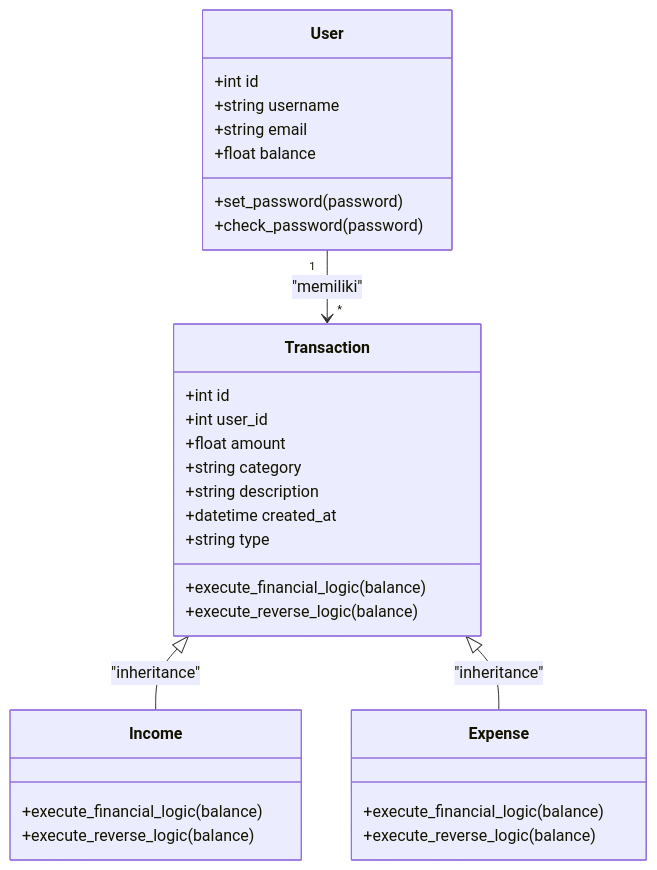
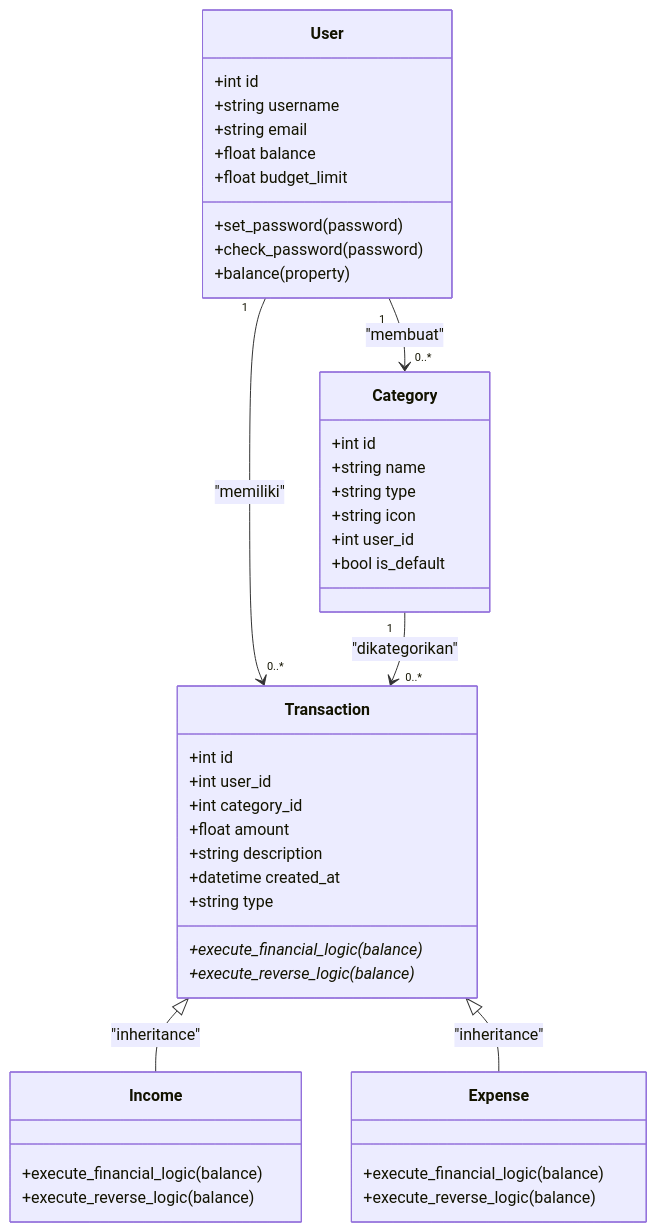
Before and after one commit to suzuy1/personal-finance-tracker: the second of 2 diagrams in erd.md, drawn with Mermaid. The commit also changed other lines of this file and 3 other files, not shown here.

````diff
--- a/erd.md
+++ b/erd.md
@@ -64,37 +115,51 @@
 ```mermaid
 classDiagram
+    class User {
+        +int id
+        +string username
+        +string email
+        +float balance
+        +float budget_limit
+        +set_password(password)
+        +check_password(password)
+        +balance (property)
+    }
+
+    class Category {
+        +int id
+        +string name
+        +string type
+        +string icon
+        +int user_id
+        +bool is_default
+    }
+
     class Transaction {
         +int id
         +int user_id
+        +int category_id
         +float amount
-        +string category
         +string description
         +datetime created_at
         +string type
-        +execute_financial_logic(balance)
-        +execute_reverse_logic(balance)
+        +execute_financial_logic(balance)*
+        +execute_reverse_logic(balance)*
     }
 
     class Income {
         +execute_financial_logic(balance)
         +execute_reverse_logic(balance)
     }
 
     class Expense {
         +execute_financial_logic(balance)
         +execute_reverse_logic(balance)
     }
 
-    class User {
-        +int id
-        +string username
-        +string email
-        +float balance
-        +set_password(password)
-        +check_password(password)
-    }
+    User "1" --> "0..*" Category : "membuat"
+    User "1" --> "0..*" Transaction : "memiliki"
+    Category "1" --> "0..*" Transaction : "dikategorikan"
 
     Transaction <|-- Income : "inheritance"
     Transaction <|-- Expense : "inheritance"
-    User "1" --> "*" Transaction : "memiliki"
 ```
````
